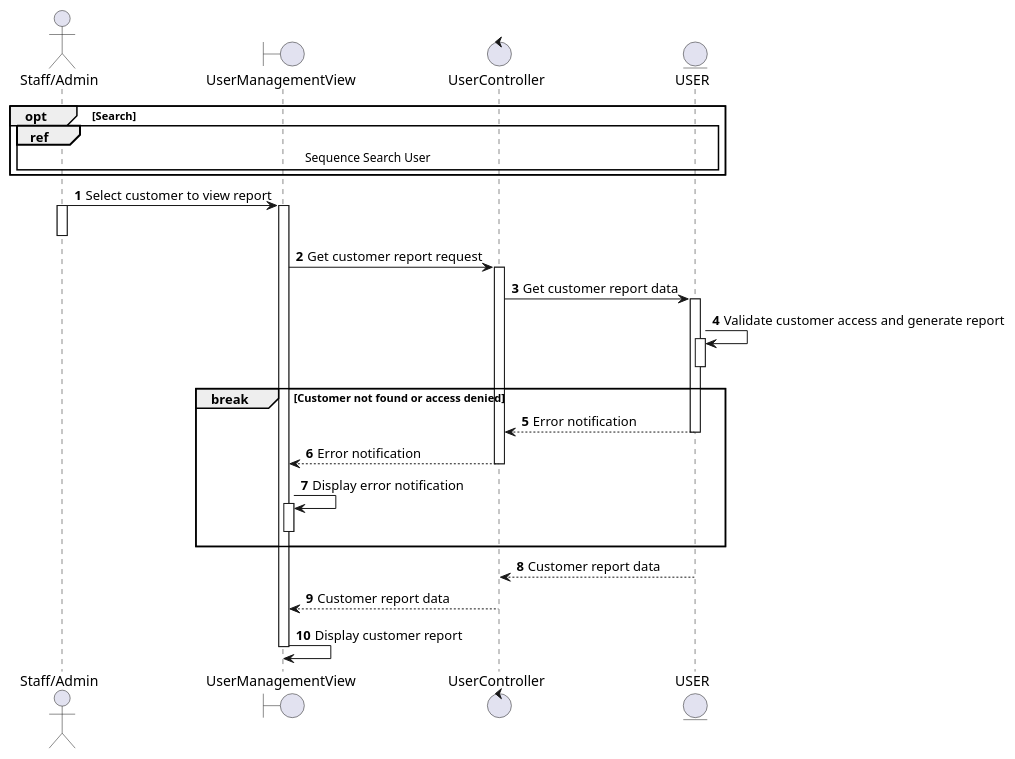
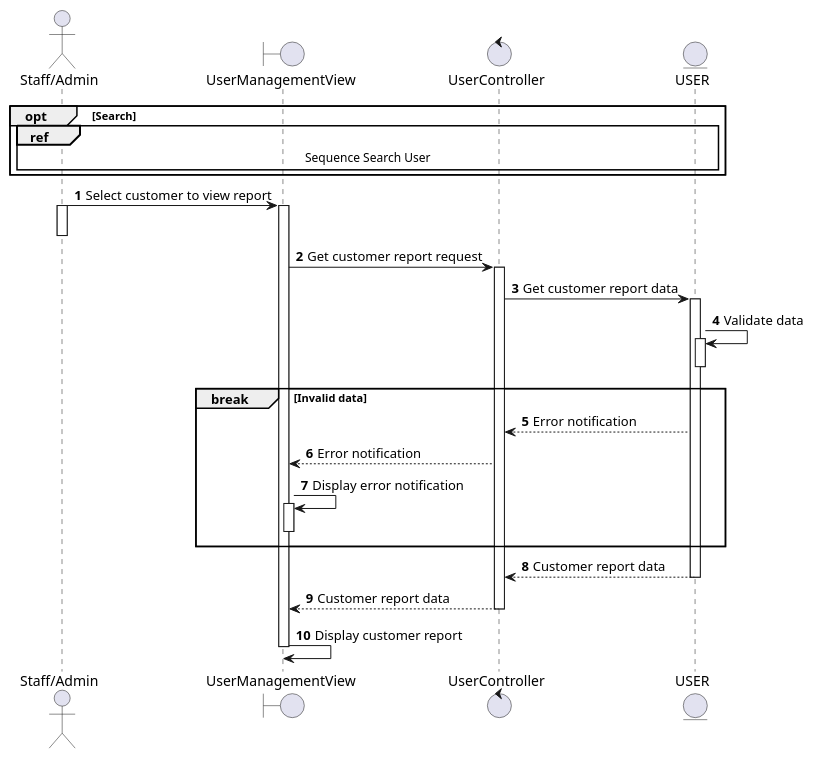
Before and after one commit to electricilies/electricilies.github.io: the diagram in docs/docs/sequence/manage-user/view-customer-report.md, drawn with PlantUML. The commit also changed 20 other files, not shown here.

````diff
--- a/docs/docs/sequence/manage-user/view-customer-report.md
+++ b/docs/docs/sequence/manage-user/view-customer-report.md
@@ -3,41 +3,39 @@
 ```plantuml
 @startuml
 autonumber
 
 actor "Staff/Admin" as SA
 boundary UserManagementView as UMV
 control UserController as UC
 entity USER as U
 
 opt Search
   ref over SA, U: Sequence Search User
 end
 SA -> UMV: Select customer to view report
 activate SA
 activate UMV
 deactivate SA
 UMV -> UC: Get customer report request
 activate UC
 UC -> U: Get customer report data
 activate U
-U -> U: Validate customer access and generate report
+U -> U: Validate data
 activate U
 deactivate U
-break Customer not found or access denied
+break Invalid data
   UC <-- U: Error notification
-  deactivate U
   UMV <-- UC: Error notification
-  deactivate UC
   UMV -> UMV: Display error notification
   activate UMV
   deactivate UMV
 end
 UC <-- U: Customer report data
 deactivate U
 UMV <-- UC: Customer report data
 deactivate UC
 UMV -> UMV: Display customer report
 deactivate UMV
 
 @enduml
 ```
````
